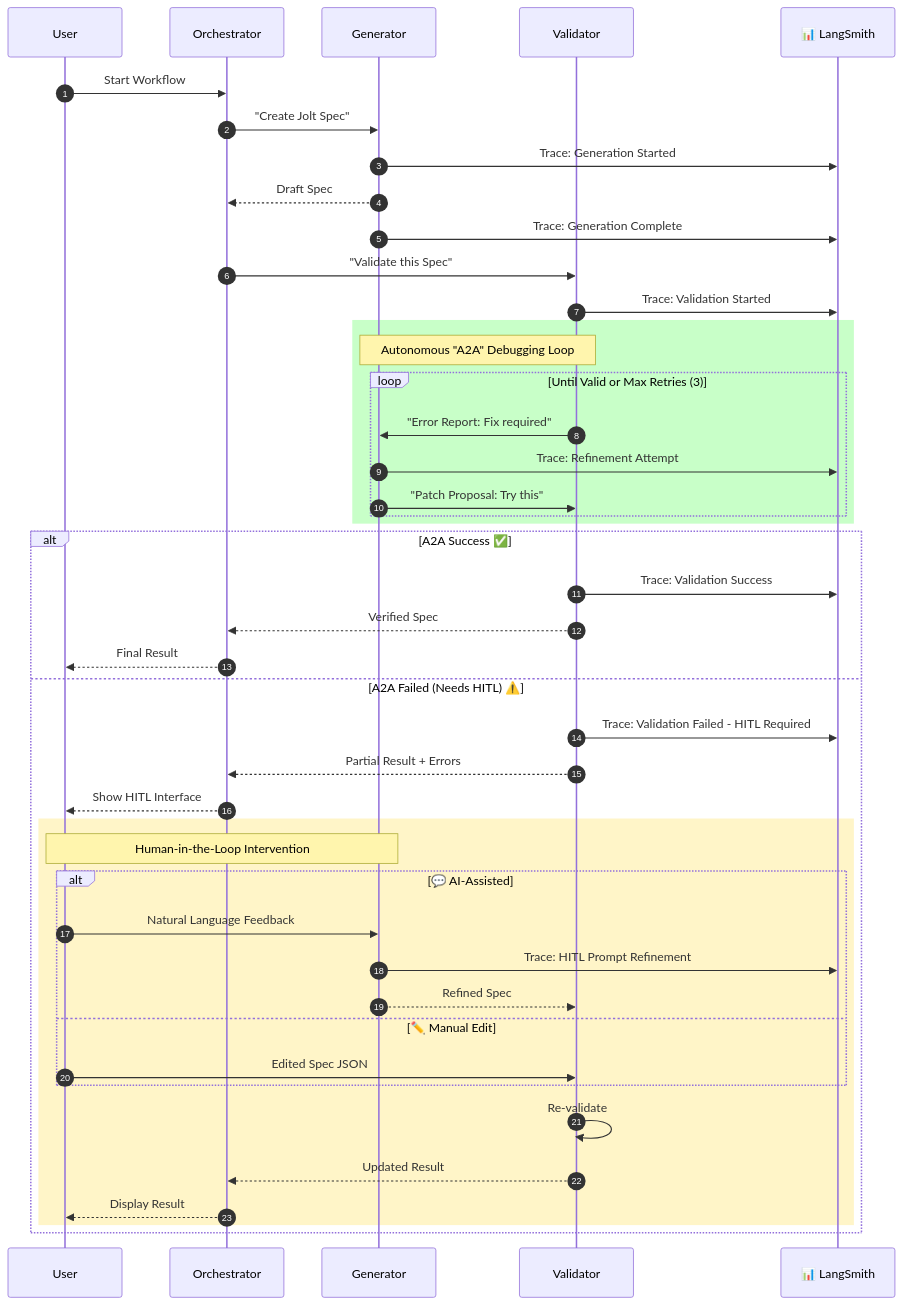
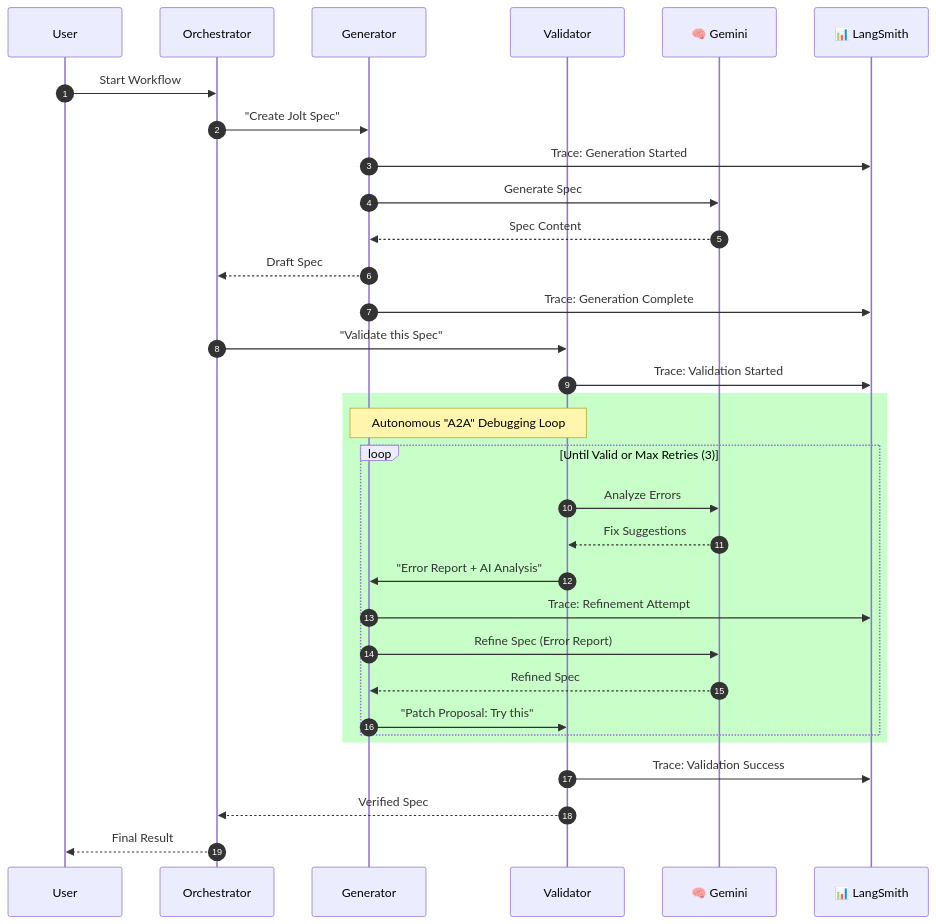
The third of 4 diagrams in a2a-examples/jolt_platform_agentic_ui/docs/Synopsys.md (amitinfo2k/ai-examples), drawn with Mermaid before and after one commit. The commit also changed other lines of this file and 15 other files, not shown here.

````diff
--- a/a2a-examples/jolt_platform_agentic_ui/docs/Synopsys.md
+++ b/a2a-examples/jolt_platform_agentic_ui/docs/Synopsys.md
@@ -199,51 +200,38 @@
 ```mermaid
 sequenceDiagram
     autonumber
     participant User
     participant Orch as Orchestrator
     participant Gen as Generator
     participant Val as Validator
+    participant LLM as 🧠 Gemini
     participant LS as 📊 LangSmith
 
     User->>Orch: Start Workflow
     Orch->>Gen: "Create Jolt Spec"
     Gen->>LS: Trace: Generation Started
+    Gen->>LLM: Generate Spec
+    LLM-->>Gen: Spec Content
     Gen-->>Orch: Draft Spec
     Gen->>LS: Trace: Generation Complete
     
     Orch->>Val: "Validate this Spec"
     Val->>LS: Trace: Validation Started
     
     rect rgb(200, 255, 200)
         Note over Gen, Val: Autonomous "A2A" Debugging Loop
         loop Until Valid or Max Retries (3)
-            Val->>Gen: "Error Report: Fix required"
+            Val->>LLM: Analyze Errors
+            LLM-->>Val: Fix Suggestions
+            Val->>Gen: "Error Report + AI Analysis"
             Gen->>LS: Trace: Refinement Attempt
+            Gen->>LLM: Refine Spec (Error Report)
+            LLM-->>Gen: Refined Spec
             Gen->>Val: "Patch Proposal: Try this"
         end
     end
     
-    alt A2A Success ✅
-        Val->>LS: Trace: Validation Success
-        Val-->>Orch: Verified Spec
-        Orch-->>User: Final Result
-    else A2A Failed (Needs HITL) ⚠️
-        Val->>LS: Trace: Validation Failed - HITL Required
-        Val-->>Orch: Partial Result + Errors
-        Orch-->>User: Show HITL Interface
-        
-        rect rgb(255, 245, 200)
-            Note over User, Gen: Human-in-the-Loop Intervention
-            alt 💬 AI-Assisted
-                User->>Gen: Natural Language Feedback
-                Gen->>LS: Trace: HITL Prompt Refinement
-                Gen-->>Val: Refined Spec
-            else ✏️ Manual Edit
-                User->>Val: Edited Spec JSON
-            end
-            Val->>Val: Re-validate
-            Val-->>Orch: Updated Result
-            Orch-->>User: Display Result
-        end
-    end
+    Val->>LS: Trace: Validation Success
+    Val-->>Orch: Verified Spec
+    Orch-->>User: Final Result
 ```
````
